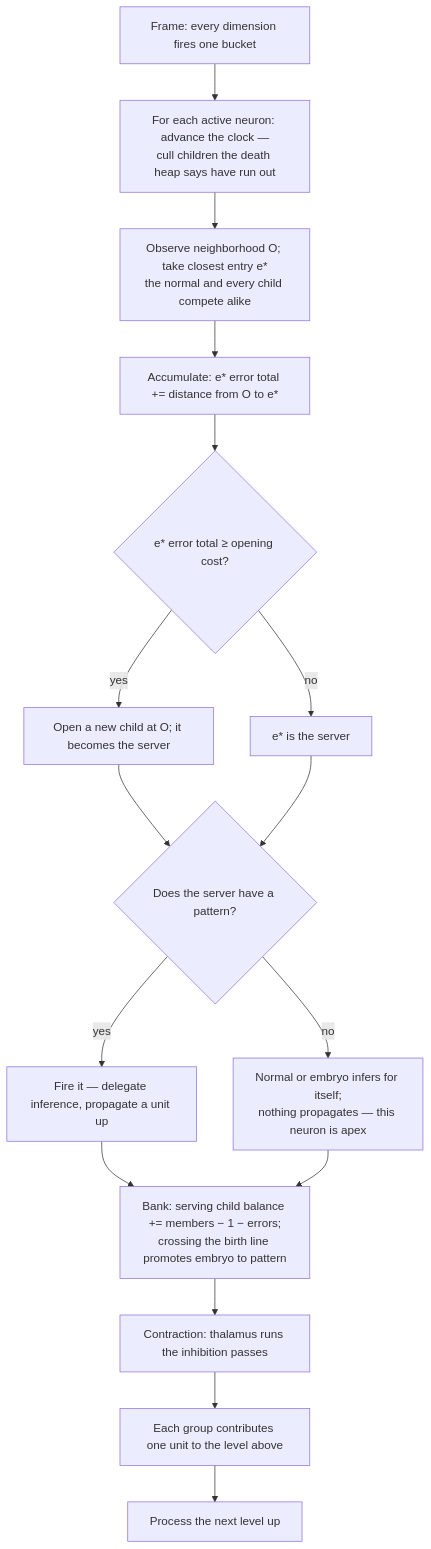
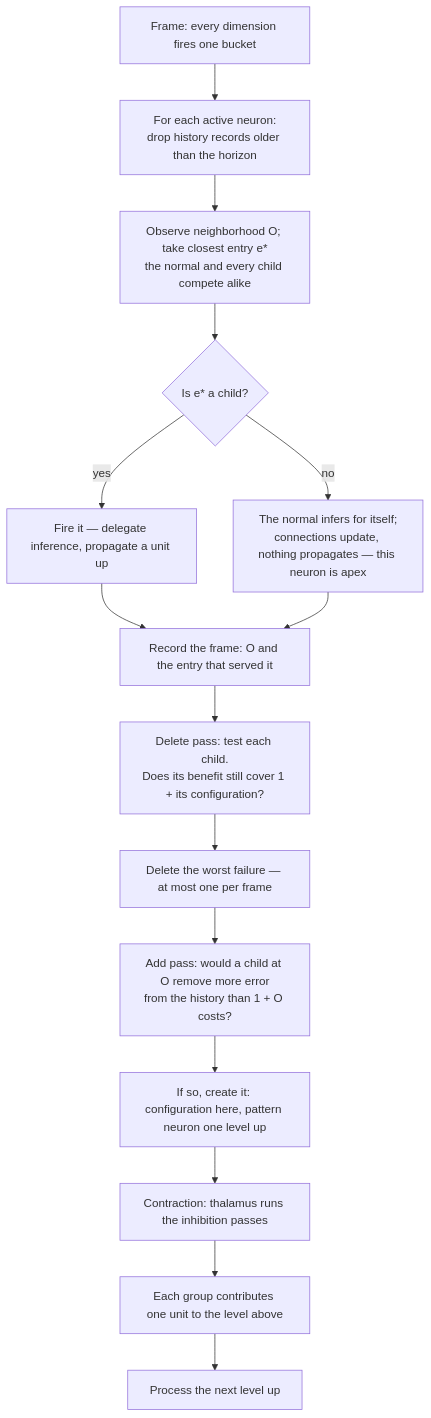
One commit to cucar/robot_brain changed the diagram in docs/algorithm.md. Above: the diagram before and after it, drawn with Mermaid. The commit also changed other lines of this file and 1 other file, not shown here.

First line of the commit message:
Replace rent and the balance with one exact test over remembered frames

````diff
--- a/docs/algorithm.md
+++ b/docs/algorithm.md
@@ -584,18 +481,17 @@
 ```mermaid
 flowchart TD
-    A["Frame: every dimension fires one bucket"] --> B["For each active neuron: advance the clock —<br/>cull children the death heap says have run out"]
+    A["Frame: every dimension fires one bucket"] --> B["For each active neuron:<br/>drop history records older than the horizon"]
     B --> C["Observe neighborhood O; take closest entry e*<br/>the normal and every child compete alike"]
-    C --> D["Accumulate: e* error total += distance from O to e*"]
-    D --> E{"e* error total ≥ opening cost?"}
-    E -->|yes| F["Open a new child at O; it becomes the server"]
-    E -->|no| G["e* is the server"]
-    F --> H{"Does the server have a pattern?"}
-    G --> H
-    H -->|yes| I["Fire it — delegate inference, propagate a unit up"]
-    H -->|no| J["Normal or embryo infers for itself;<br/>nothing propagates — this neuron is apex"]
-    I --> K["Bank: serving child balance += members − 1 − errors;<br/>crossing the birth line promotes embryo to pattern"]
-    J --> K
+    C --> D{"Is e* a child?"}
+    D -->|yes| E["Fire it — delegate inference, propagate a unit up"]
+    D -->|no| F["The normal infers for itself;<br/>connections update, nothing propagates — this neuron is apex"]
+    E --> G["Record the frame: O and the entry that served it"]
+    F --> G
+    G --> H["Delete pass: test each child.<br/>Does its benefit still cover 1 + its configuration?"]
+    H --> I["Delete the worst failure — at most one per frame"]
+    I --> J["Add pass: would a child at O remove more error<br/>from the history than 1 + O costs?"]
+    J --> K["If so, create it: configuration here, pattern neuron one level up"]
     K --> L["Contraction: thalamus runs the inhibition passes"]
     L --> M["Each group contributes one unit to the level above"]
     M --> N["Process the next level up"]
 ```
````
